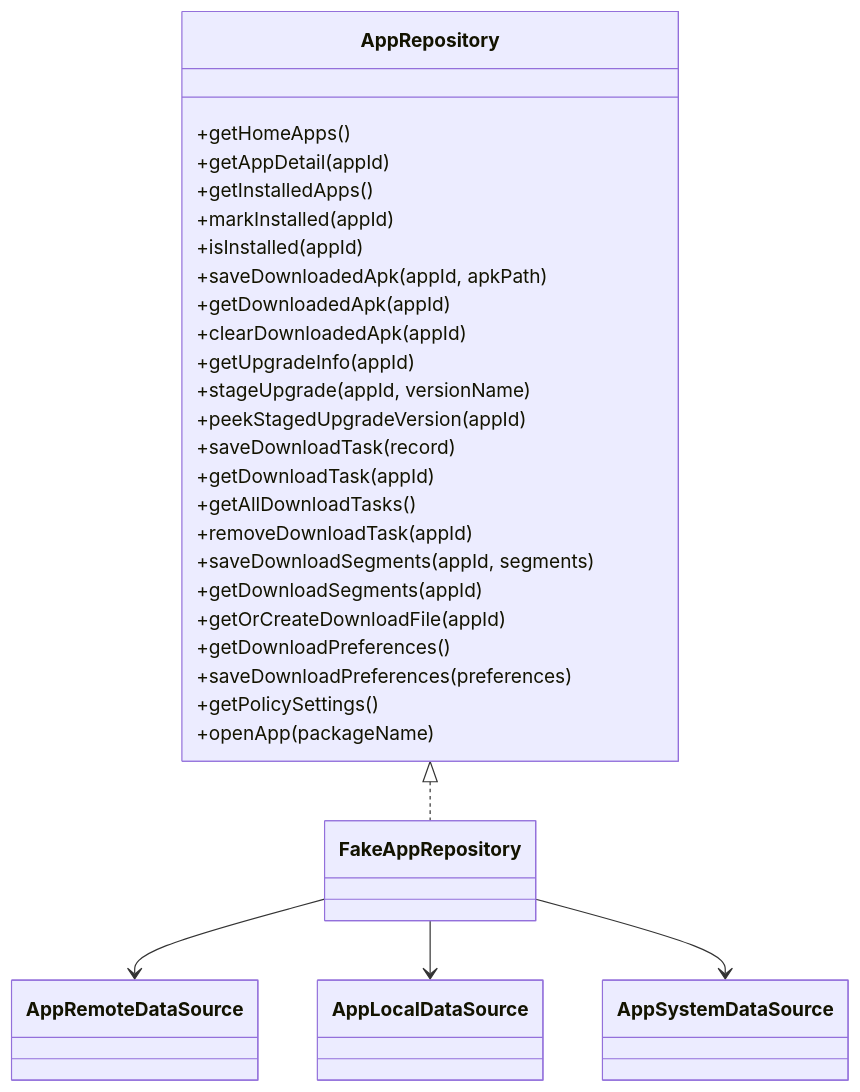
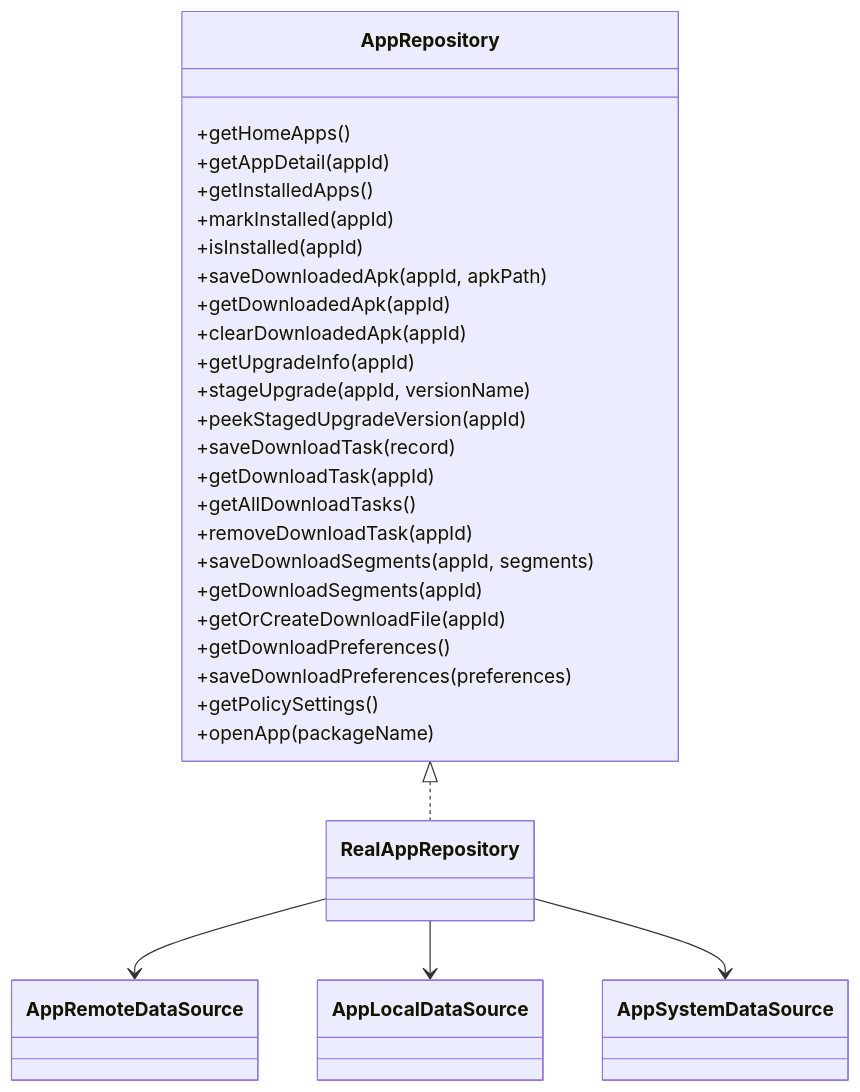
Before and after one commit to XZQ/CarAppStore: the second of 4 diagrams in docs/15-Repository架构与流程.md, drawn with Mermaid. The commit also changed other lines of this file and 20 other files, not shown here.

````diff
--- a/docs/15-Repository架构与流程.md
+++ b/docs/15-Repository架构与流程.md
@@ -60,38 +39,38 @@
 ```mermaid
 classDiagram
 
 class AppRepository {
-  +getHomeApps()
-  +getAppDetail(appId)
-  +getInstalledApps()
-  +markInstalled(appId)
-  +isInstalled(appId)
-  +saveDownloadedApk(appId, apkPath)
-  +getDownloadedApk(appId)
-  +clearDownloadedApk(appId)
-  +getUpgradeInfo(appId)
-  +stageUpgrade(appId, versionName)
-  +peekStagedUpgradeVersion(appId)
-  +saveDownloadTask(record)
-  +getDownloadTask(appId)
-  +getAllDownloadTasks()
-  +removeDownloadTask(appId)
-  +saveDownloadSegments(appId, segments)
-  +getDownloadSegments(appId)
-  +getOrCreateDownloadFile(appId)
-  +getDownloadPreferences()
-  +saveDownloadPreferences(preferences)
-  +getPolicySettings()
-  +openApp(packageName)
+    +getHomeApps()
+    +getAppDetail(appId)
+    +getInstalledApps()
+    +markInstalled(appId)
+    +isInstalled(appId)
+    +saveDownloadedApk(appId, apkPath)
+    +getDownloadedApk(appId)
+    +clearDownloadedApk(appId)
+    +getUpgradeInfo(appId)
+    +stageUpgrade(appId, versionName)
+    +peekStagedUpgradeVersion(appId)
+    +saveDownloadTask(record)
+    +getDownloadTask(appId)
+    +getAllDownloadTasks()
+    +removeDownloadTask(appId)
+    +saveDownloadSegments(appId, segments)
+    +getDownloadSegments(appId)
+    +getOrCreateDownloadFile(appId)
+    +getDownloadPreferences()
+    +saveDownloadPreferences(preferences)
+    +getPolicySettings()
+    +openApp(packageName)
 }
 
-class FakeAppRepository
+class RealAppRepository
 class AppRemoteDataSource
 class AppLocalDataSource
 class AppSystemDataSource
 
-AppRepository <|.. FakeAppRepository
-FakeAppRepository --> AppRemoteDataSource
-FakeAppRepository --> AppLocalDataSource
-FakeAppRepository --> AppSystemDataSource
+AppRepository <|.. RealAppRepository
+RealAppRepository --> AppRemoteDataSource
+RealAppRepository --> AppLocalDataSource
+RealAppRepository --> AppSystemDataSource
 ```
````
